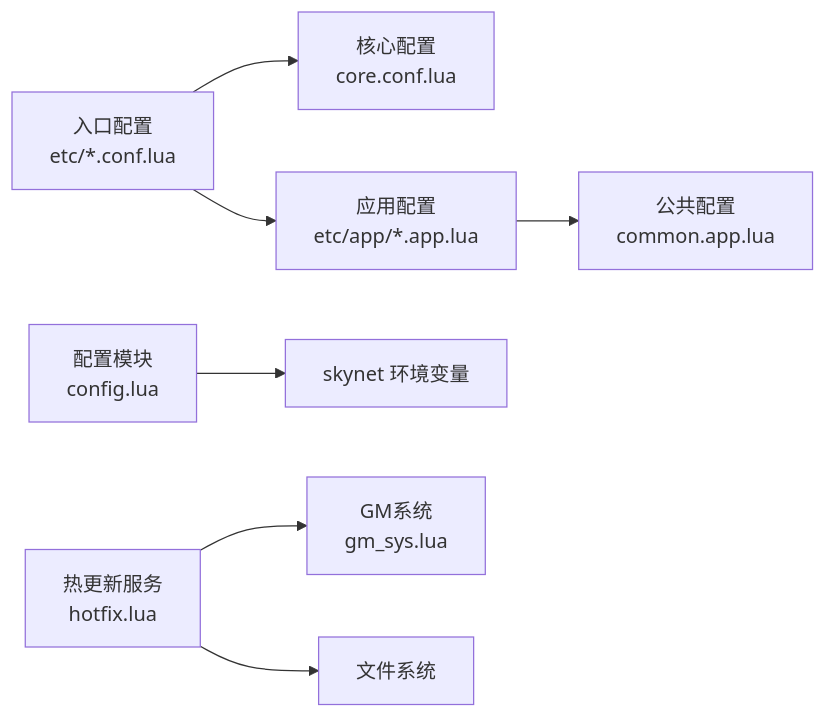
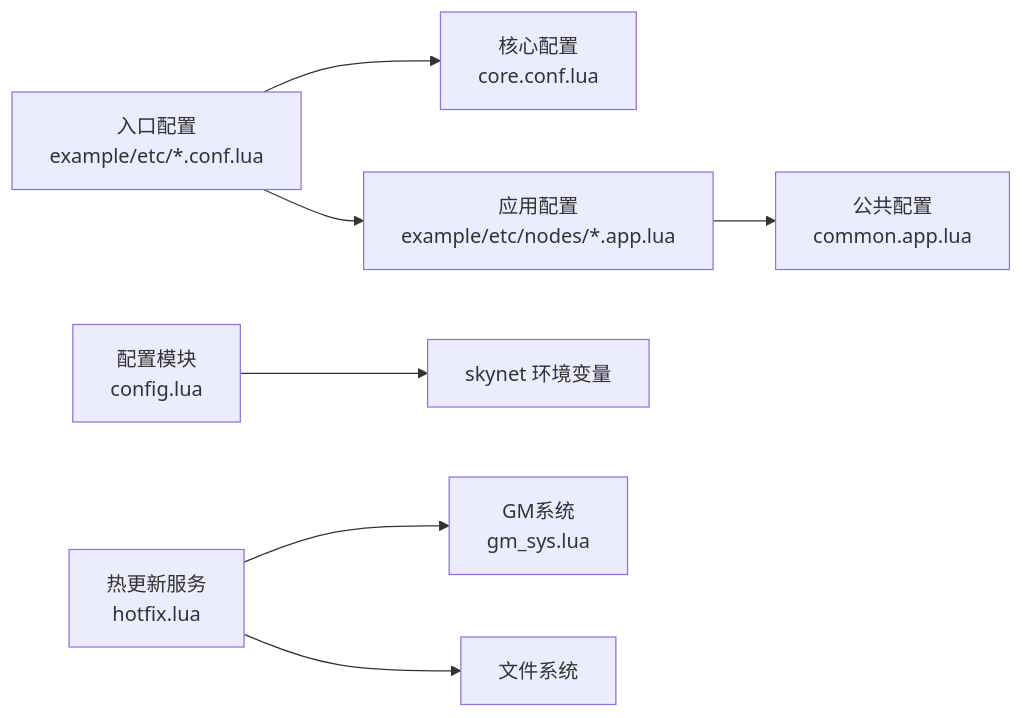
The fifth of 5 diagrams in docs/repowiki/zh/content/部署运维/配置管理.md (hanxi/skyext), drawn with Mermaid before and after one commit. The commit also changed other lines of this file and 117 other files, not shown here.

````diff
--- a/docs/repowiki/zh/content/部署运维/配置管理.md
+++ b/docs/repowiki/zh/content/部署运维/配置管理.md
@@ -210,9 +210,9 @@
 ```mermaid
 graph LR
-ConfEntry["入口配置<br/>etc/*.conf.lua"] --> Core["核心配置<br/>core.conf.lua"]
-ConfEntry --> AppConf["应用配置<br/>etc/app/*.app.lua"]
+ConfEntry["入口配置<br/>example/etc/*.conf.lua"] --> Core["核心配置<br/>core.conf.lua"]
+ConfEntry --> AppConf["应用配置<br/>example/etc/nodes/*.app.lua"]
 AppConf --> Common["公共配置<br/>common.app.lua"]
 ConfigMod["配置模块<br/>config.lua"] --> Env["skynet 环境变量"]
 Hotfix["热更新服务<br/>hotfix.lua"] --> GM["GM系统<br/>gm_sys.lua"]
 Hotfix --> FS["文件系统"]
 ```
````
